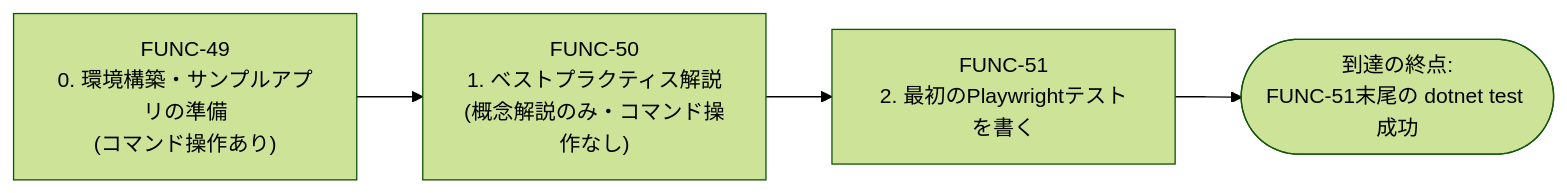
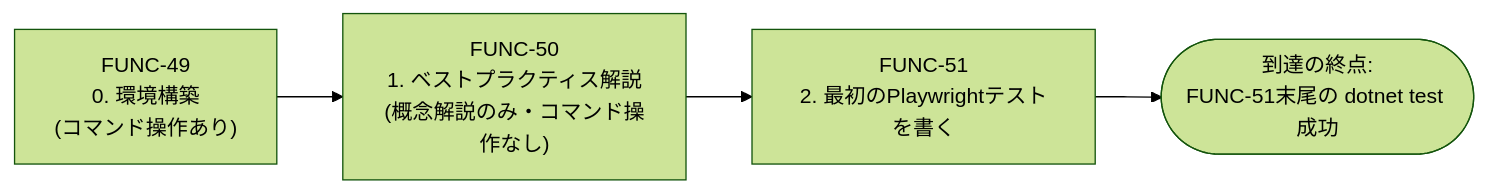
One commit to SanghunIm1991/learn-playwright-dotnet changed the second of 3 diagrams in docs/03_function_design/COMP-06.md. Above: the diagram before and after it, drawn with Mermaid (forest theme). The commit also changed other lines of this file and 1 other file, not shown here.

Commit message:
[claude] COMP-06再レビューの軽微指摘2件に対応（再レビュー省略、COMP-06完了）

````diff
--- a/docs/03_function_design/COMP-06.md
+++ b/docs/03_function_design/COMP-06.md
@@ -117,6 +117,6 @@
 ```mermaid
 flowchart LR
-    A["FUNC-49<br/>0. 環境構築・サンプルアプリの準備<br/>(コマンド操作あり)"] --> B["FUNC-50<br/>1. ベストプラクティス解説<br/>(概念解説のみ・コマンド操作なし)"]
+    A["FUNC-49<br/>0. 環境構築<br/>(コマンド操作あり)"] --> B["FUNC-50<br/>1. ベストプラクティス解説<br/>(概念解説のみ・コマンド操作なし)"]
     B --> C["FUNC-51<br/>2. 最初のPlaywrightテストを書く"]
     C --> D(["到達の終点:<br/>FUNC-51末尾の dotnet test 成功"])
 ```
````
